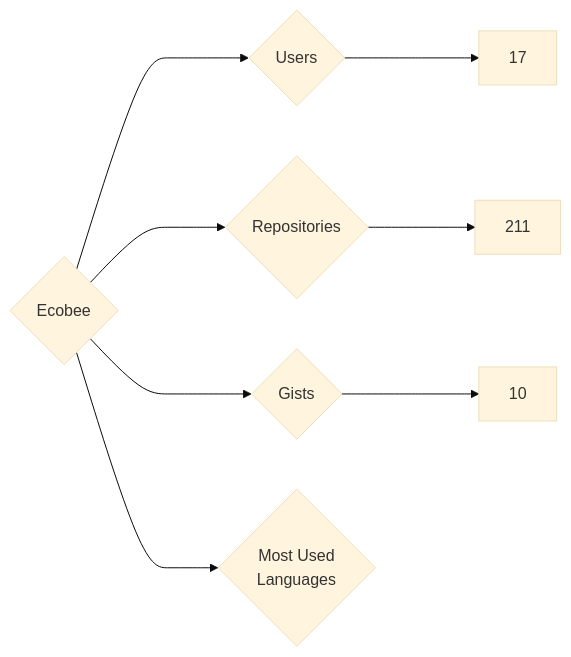
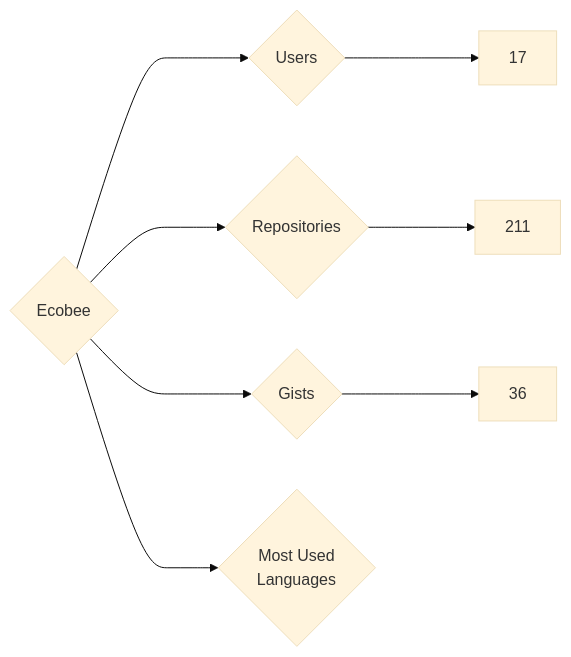
The diagram in targets/Ecobee/README.md (nenadzaric/insiders), drawn with Mermaid (base theme) before and after one commit. The commit also changed 1342 other files, not shown here.

````diff
--- a/targets/Ecobee/README.md
+++ b/targets/Ecobee/README.md
@@ -3,8 +3,8 @@
 ```mermaid
 graph LR
 COMPANY_NAME{Ecobee}
 COMPANY_NAME ---> U{Users} ---> UN[17]
 COMPANY_NAME ---> R{Repositories} ---> RN[211]
-COMPANY_NAME ---> G{Gists} ---> GN[10]
+COMPANY_NAME ---> G{Gists} ---> GN[36]
 COMPANY_NAME ---> ML{Most Used<br>Languages}
 ```
````
